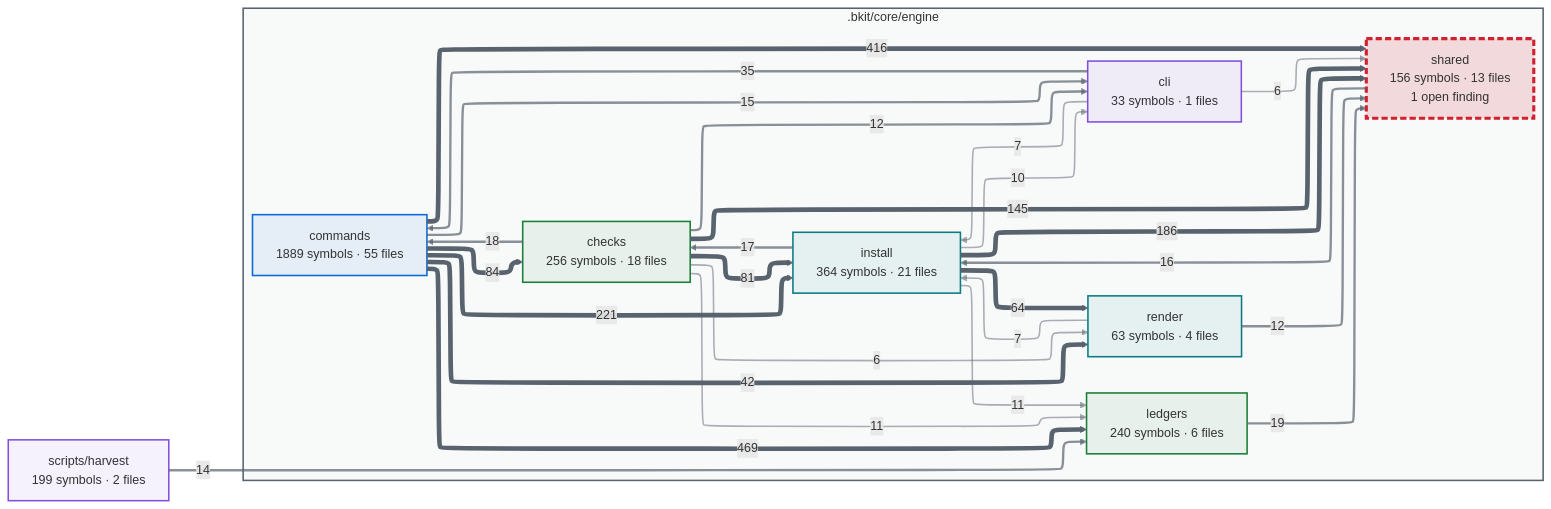
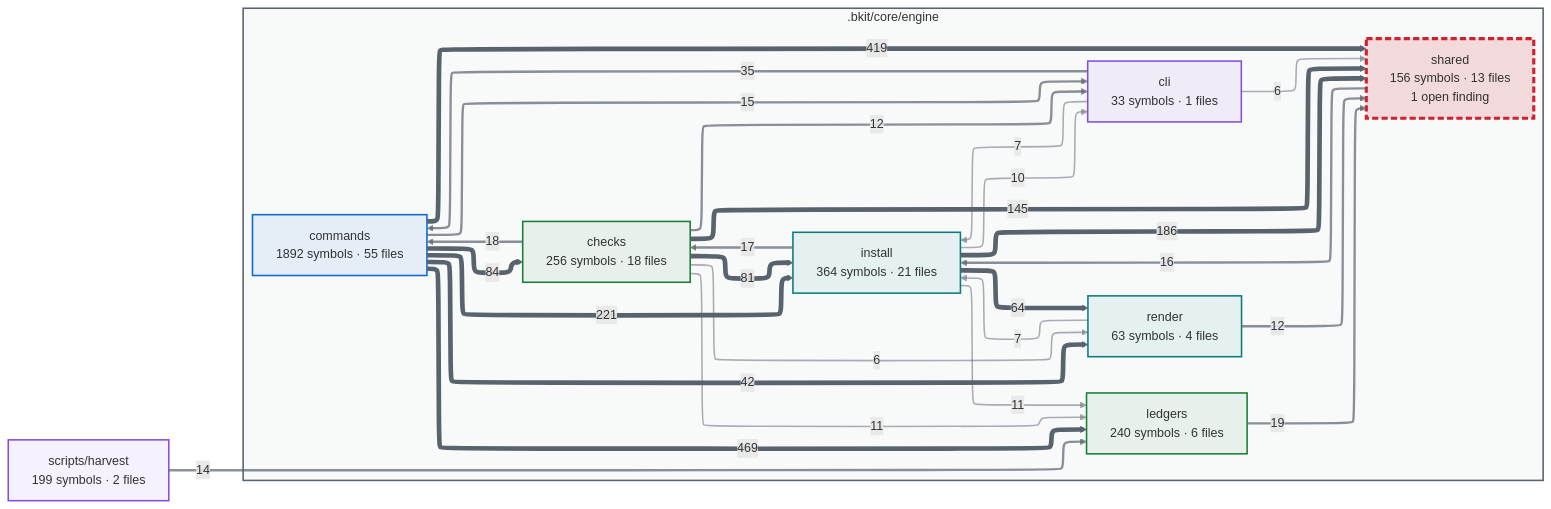
The first of 2 diagrams in docs/capabilities.md (cbartens/bkit), drawn with Mermaid before and after one commit. The commit also changed other lines of this file and 37 other files, not shown here.

````diff
--- a/docs/capabilities.md
+++ b/docs/capabilities.md
@@ -154,80 +154,80 @@
 ```mermaid
 ---
 config:
   layout: elk
   themeCSS: "marker { overflow: visible; } marker path { transform: scale(1.8); transform-origin: 5px 5px; }"
   flowchart:
     useMaxWidth: false
 ---
 flowchart LR
   %% Generated by bkit-graphify-rollup.py — do not edit
   subgraph gn_bkit_core_engine[".bkit/core/engine"]
     n_bkit_core_engine_checks["checks<br/>256 symbols · 18 files"]
     n_bkit_core_engine_cli["cli<br/>33 symbols · 1 files"]
-    n_bkit_core_engine_commands["commands<br/>1889 symbols · 55 files"]
+    n_bkit_core_engine_commands["commands<br/>1892 symbols · 55 files"]
     n_bkit_core_engine_install["install<br/>364 symbols · 21 files"]
     n_bkit_core_engine_ledgers["ledgers<br/>240 symbols · 6 files"]
     n_bkit_core_engine_render["render<br/>63 symbols · 4 files"]
     n_bkit_core_engine_shared["shared<br/>156 symbols · 13 files<br/>1 open finding"]
   end
   nscripts_harvest["scripts/harvest<br/>199 symbols · 2 files"]
   n_bkit_core_engine_commands -->|469| n_bkit_core_engine_ledgers
-  n_bkit_core_engine_commands -->|416| n_bkit_core_engine_shared
+  n_bkit_core_engine_commands -->|419| n_bkit_core_engine_shared
   n_bkit_core_engine_commands -->|221| n_bkit_core_engine_install
   n_bkit_core_engine_install -->|186| n_bkit_core_engine_shared
   n_bkit_core_engine_checks -->|145| n_bkit_core_engine_shared
   n_bkit_core_engine_commands -->|84| n_bkit_core_engine_checks
   n_bkit_core_engine_checks -->|81| n_bkit_core_engine_install
   n_bkit_core_engine_install -->|64| n_bkit_core_engine_render
   n_bkit_core_engine_commands -->|42| n_bkit_core_engine_render
   n_bkit_core_engine_cli -->|35| n_bkit_core_engine_commands
   n_bkit_core_engine_ledgers -->|19| n_bkit_core_engine_shared
   n_bkit_core_engine_checks -->|18| n_bkit_core_engine_commands
   n_bkit_core_engine_install -->|17| n_bkit_core_engine_checks
   n_bkit_core_engine_shared -->|16| n_bkit_core_engine_install
   n_bkit_core_engine_commands -->|15| n_bkit_core_engine_cli
   nscripts_harvest -->|14| n_bkit_core_engine_ledgers
   n_bkit_core_engine_checks -->|12| n_bkit_core_engine_cli
   n_bkit_core_engine_render -->|12| n_bkit_core_engine_shared
   n_bkit_core_engine_checks -->|11| n_bkit_core_engine_ledgers
   n_bkit_core_engine_install -->|11| n_bkit_core_engine_ledgers
   n_bkit_core_engine_install -->|10| n_bkit_core_engine_cli
   n_bkit_core_engine_cli -->|7| n_bkit_core_engine_install
   n_bkit_core_engine_render -->|7| n_bkit_core_engine_install
   n_bkit_core_engine_checks -->|6| n_bkit_core_engine_render
   n_bkit_core_engine_cli -->|6| n_bkit_core_engine_shared
   style gn_bkit_core_engine fill:#59636e0a,stroke:#59636e,stroke-width:2px
   style n_bkit_core_engine_checks stroke:#1a7f37,stroke-width:2px,fill:#1a7f3714
   style n_bkit_core_engine_cli stroke:#8250df,stroke-width:2px,fill:#8250df14
   style n_bkit_core_engine_commands stroke:#0969da,stroke-width:2px,fill:#0969da14
   style n_bkit_core_engine_install stroke:#0a7b83,stroke-width:2px,fill:#0a7b8314
   style n_bkit_core_engine_ledgers stroke:#1a7f37,stroke-width:2px,fill:#1a7f3714
   style n_bkit_core_engine_render stroke:#0a7b83,stroke-width:2px,fill:#0a7b8314
   style n_bkit_core_engine_shared stroke:#cf222e,stroke-width:4px,stroke-dasharray:8 4,fill:#cf222e26
   style nscripts_harvest stroke:#8250df,stroke-width:2px,fill:#8250df14
   linkStyle 0 stroke:#59636e,stroke-width:6px
   linkStyle 1 stroke:#59636e,stroke-width:6px
   linkStyle 2 stroke:#59636e,stroke-width:6px
   linkStyle 3 stroke:#59636e,stroke-width:6px
   linkStyle 4 stroke:#59636e,stroke-width:6px
   linkStyle 5 stroke:#59636e,stroke-width:6px
   linkStyle 6 stroke:#59636e,stroke-width:6px
   linkStyle 7 stroke:#59636e,stroke-width:6px
   linkStyle 8 stroke:#59636e,stroke-width:6px
   linkStyle 9 stroke:#59636eb3,stroke-width:3px
   linkStyle 10 stroke:#59636eb3,stroke-width:3px
   linkStyle 11 stroke:#59636eb3,stroke-width:3px
   linkStyle 12 stroke:#59636eb3,stroke-width:3px
   linkStyle 13 stroke:#59636eb3,stroke-width:3px
   linkStyle 14 stroke:#59636eb3,stroke-width:3px
   linkStyle 15 stroke:#59636eb3,stroke-width:3px
   linkStyle 16 stroke:#59636eb3,stroke-width:3px
   linkStyle 17 stroke:#59636eb3,stroke-width:3px
   linkStyle 18 stroke:#59636e80,stroke-width:2px
   linkStyle 19 stroke:#59636e80,stroke-width:2px
   linkStyle 20 stroke:#59636e80,stroke-width:2px
   linkStyle 21 stroke:#59636e80,stroke-width:2px
   linkStyle 22 stroke:#59636e80,stroke-width:2px
   linkStyle 23 stroke:#59636e80,stroke-width:2px
   linkStyle 24 stroke:#59636e80,stroke-width:2px
 ```
````
